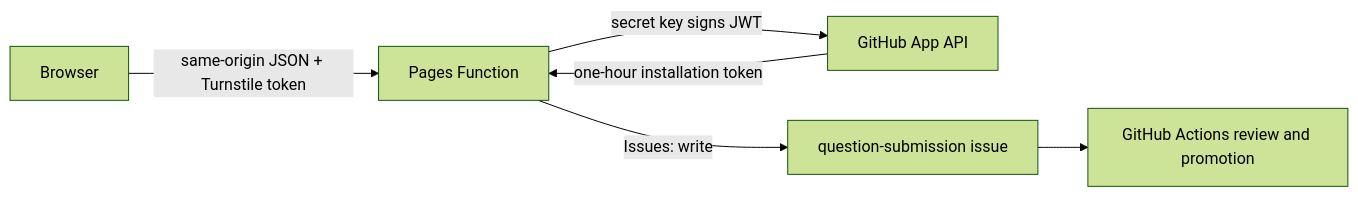
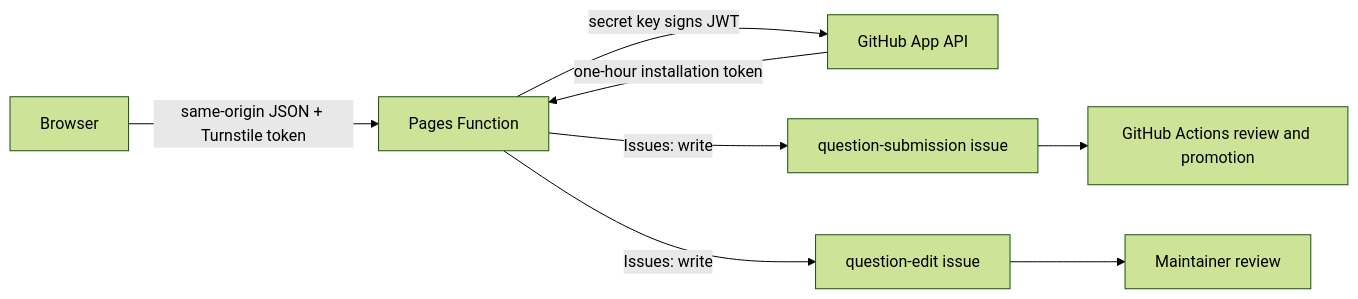
One commit to giacomomellone/cicala changed the diagram in docs/native_submission_setup.md. Above: the diagram before and after it, drawn with Mermaid (forest theme). The commit also changed other lines of this file and 18 other files, not shown here.

````diff
--- a/docs/native_submission_setup.md
+++ b/docs/native_submission_setup.md
@@ -12,8 +14,10 @@
 ```mermaid
 flowchart LR
     B[Browser] -->|same-origin JSON + Turnstile token| F[Pages Function]
     F -->|secret key signs JWT| A[GitHub App API]
     A -->|one-hour installation token| F
     F -->|Issues: write| I[question-submission issue]
+    F -->|Issues: write| E[question-edit issue]
     I --> W[GitHub Actions review and promotion]
+    E --> M[Maintainer review]
 ```
````
